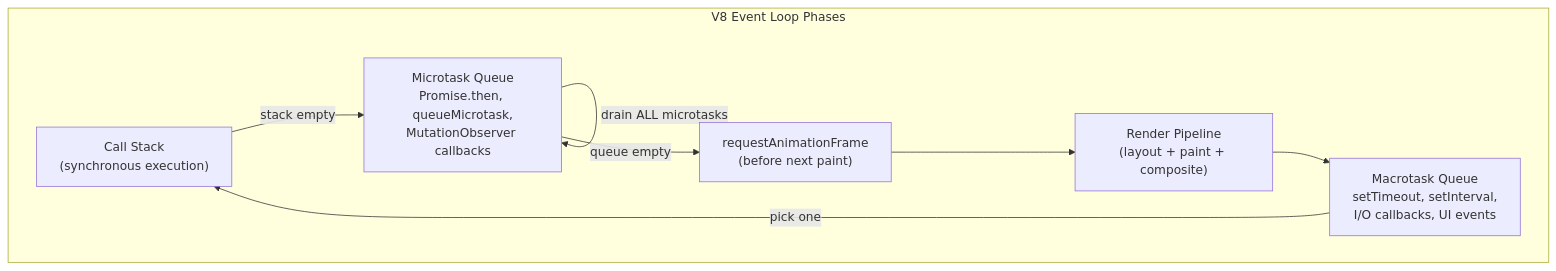
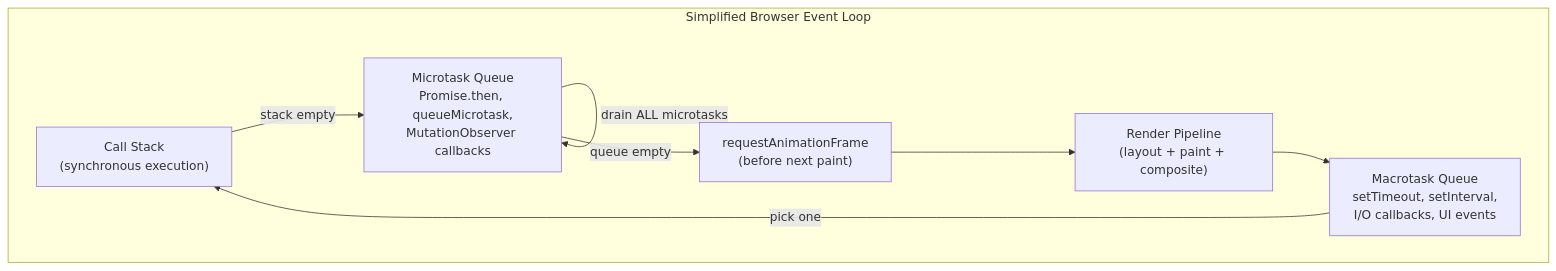
The third of 18 diagrams in content/docs/books/cs-reference/web-frontend-internals.md (choisimo/document), drawn with Mermaid before and after one commit. The commit also changed other lines of this file and 504 other files, not shown here.

````diff
--- a/content/docs/books/cs-reference/web-frontend-internals.md
+++ b/content/docs/books/cs-reference/web-frontend-internals.md
@@ -54,17 +56,17 @@
 ```mermaid
 flowchart TD
-    subgraph "V8 Event Loop Phases"
+    subgraph "Simplified Browser Event Loop"
         CALL["Call Stack\n(synchronous execution)"]
         MICRO["Microtask Queue\nPromise.then, queueMicrotask,\nMutationObserver callbacks"]
         MACRO["Macrotask Queue\nsetTimeout, setInterval,\nI/O callbacks, UI events"]
         RAF["requestAnimationFrame\n(before next paint)"]
         RENDER["Render Pipeline\n(layout + paint + composite)"]
 
         CALL -->|stack empty| MICRO
         MICRO -->|drain ALL microtasks| MICRO
         MICRO -->|queue empty| RAF
         RAF --> RENDER
         RENDER --> MACRO
         MACRO -->|pick one| CALL
     end
 ```
````
